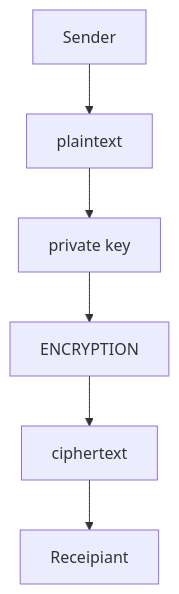
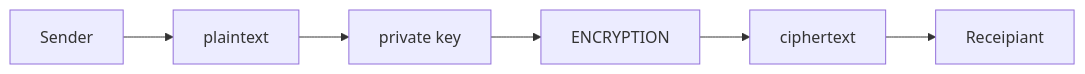
One commit to Kietpawpan/encryption changed the diagram in README.md. Above: the diagram before and after it, drawn with Mermaid.

````diff
--- a/README.md
+++ b/README.md
@@ -5,5 +5,5 @@
 ```mermaid
-flowchart TD
+flowchart LR
     A[Sender] --> B[plaintext]-->C[private key]-->D[ENCRYPTION]-->E[ciphertext]-->F[Receipiant]
     
 ```
````
